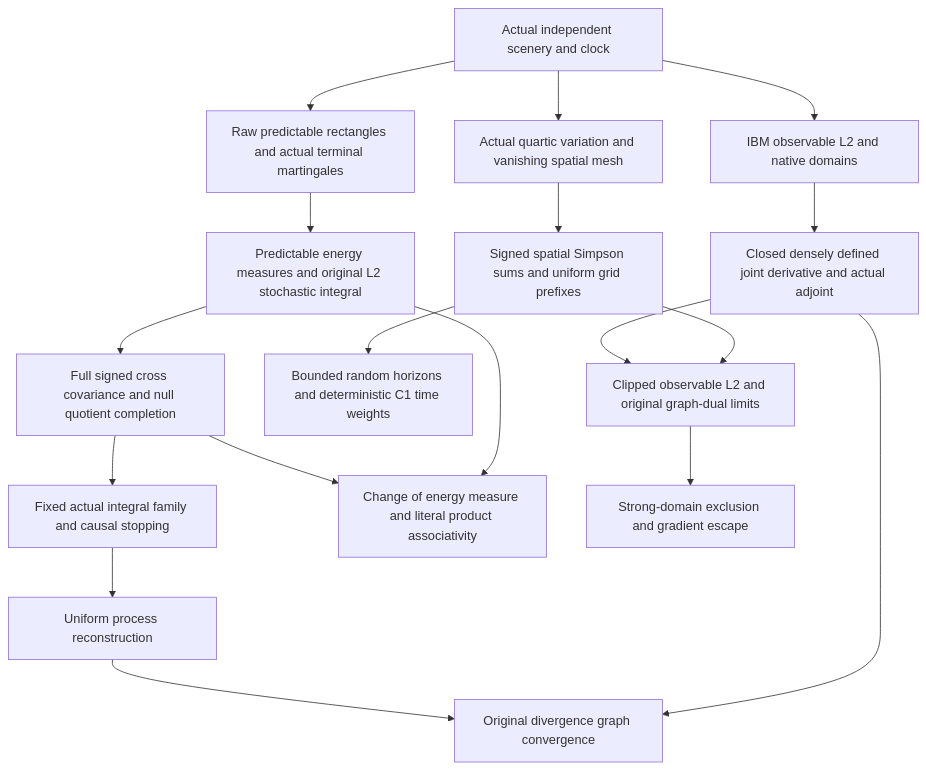
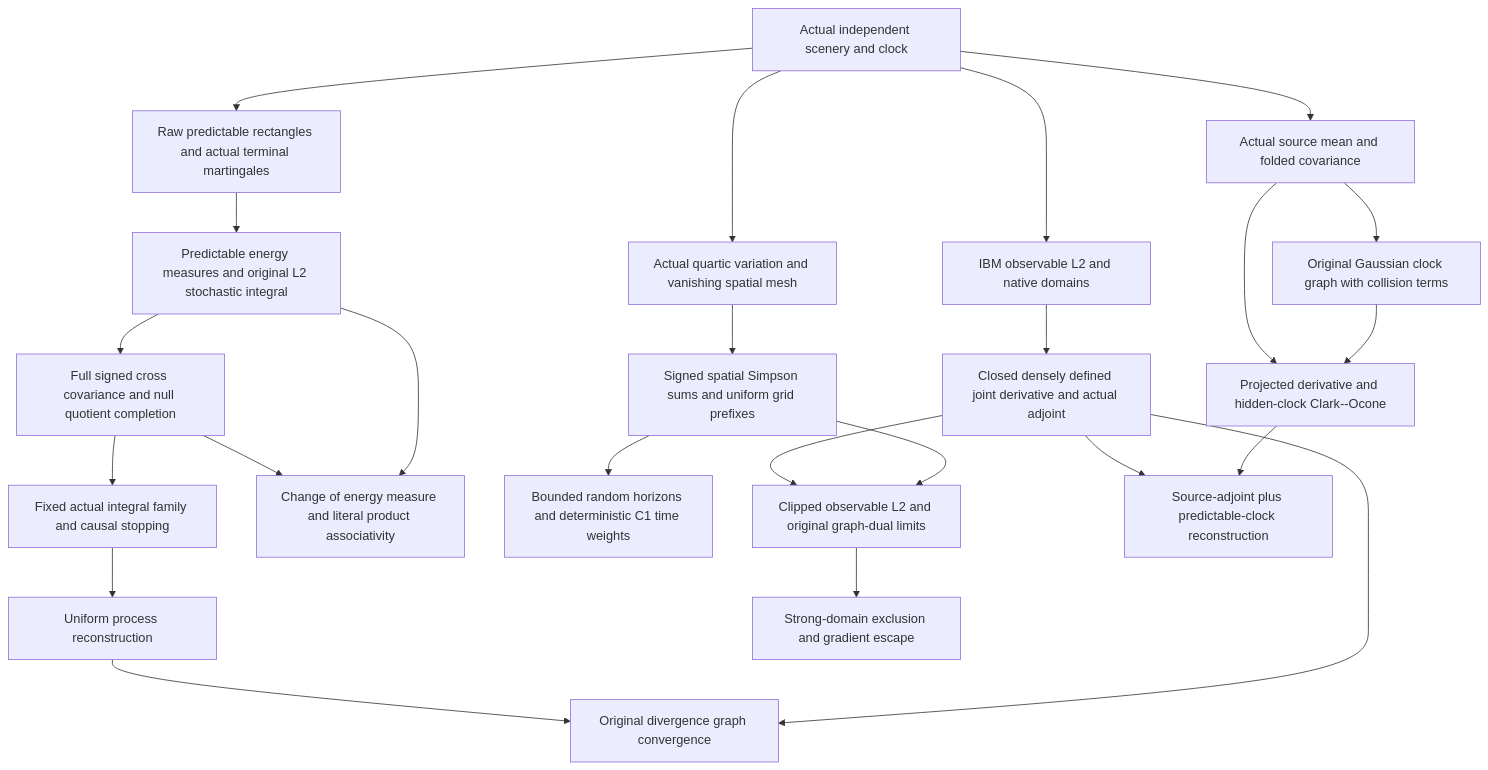
The diagram in STARDUST_BLUEPRINT.md (QuijoticResearch/OperatorDerivativeRewrite), drawn with Mermaid before and after one commit. The commit also changed other lines of this file and 34 other files, not shown here.

````diff
--- a/STARDUST_BLUEPRINT.md
+++ b/STARDUST_BLUEPRINT.md
@@ -72,20 +72,26 @@
 ```mermaid
 graph TD
   A[Actual independent scenery and clock] --> B[IBM observable L2 and native domains]
   B --> C[Closed densely defined joint derivative and actual adjoint]
   A --> D[Raw predictable rectangles and actual terminal martingales]
   D --> E[Predictable energy measures and original L2 stochastic integral]
   E --> F[Full signed cross covariance and null quotient completion]
   F --> G[Fixed actual integral family and causal stopping]
   E --> H[Change of energy measure and literal product associativity]
   F --> H
   G --> I[Uniform process reconstruction]
   C --> J[Original divergence graph convergence]
   I --> J
   A --> K[Actual quartic variation and vanishing spatial mesh]
   K --> L[Signed spatial Simpson sums and uniform grid prefixes]
   L --> M[Bounded random horizons and deterministic C1 time weights]
   L --> N[Clipped observable L2 and original graph-dual limits]
   C --> N
   N --> O[Strong-domain exclusion and gradient escape]
+  A --> P[Actual source mean and folded covariance]
+  P --> Q[Original Gaussian clock graph with collision terms]
+  Q --> R[Projected derivative and hidden-clock Clark--Ocone]
+  P --> R
+  R --> S[Source-adjoint plus predictable-clock reconstruction]
+  C --> S
 ```
````
